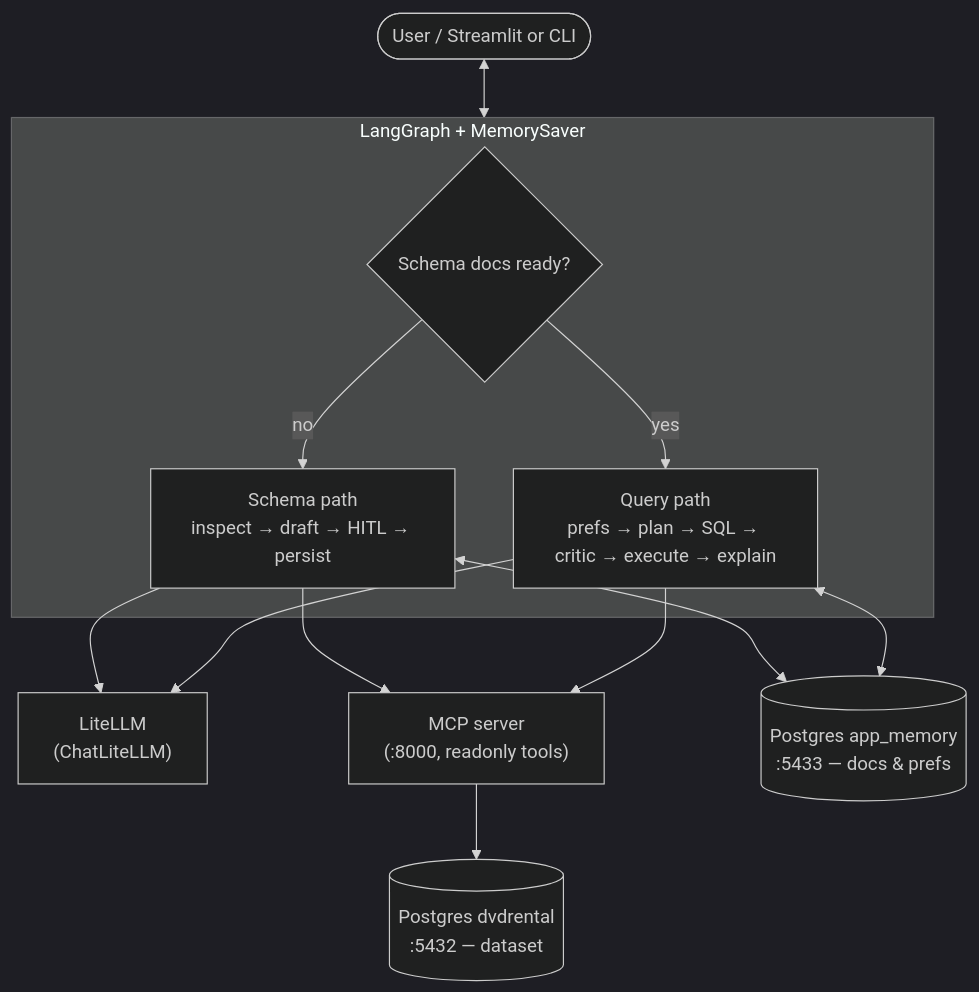
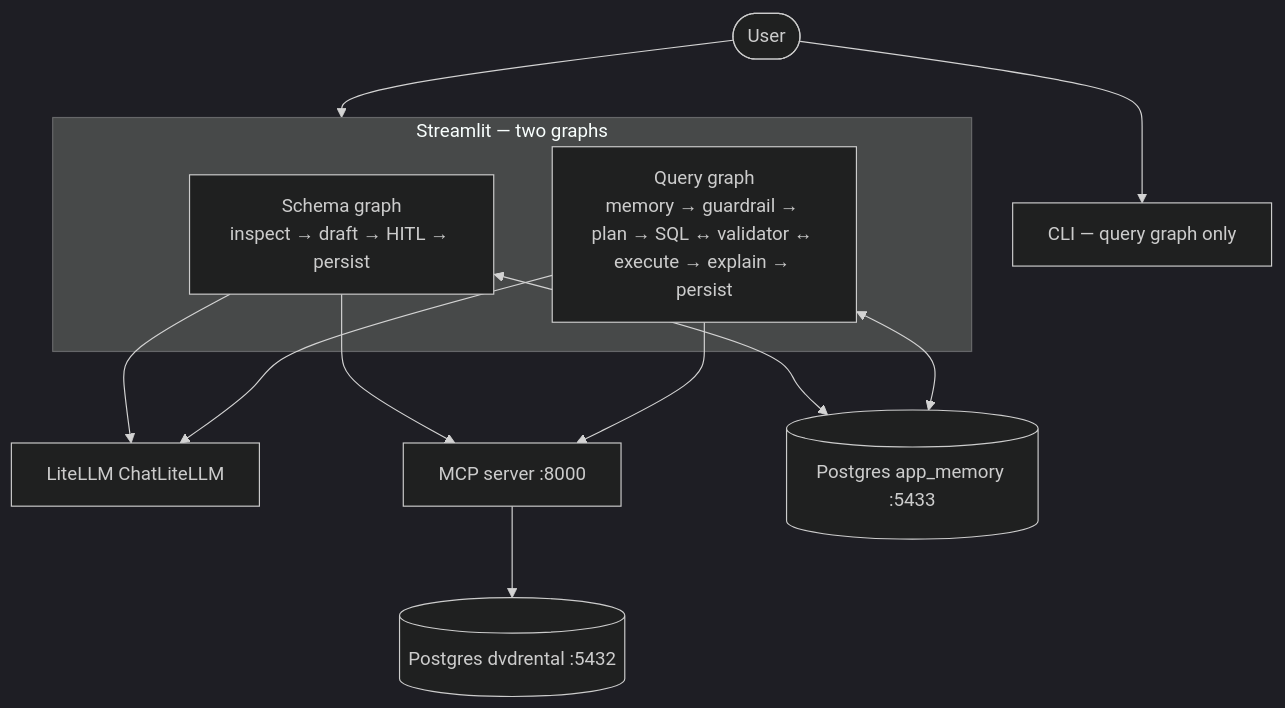
Before and after one commit to lgonzalezrouco/db_multiagent_system: the first of 2 diagrams in README.md, drawn with Mermaid (dark theme). The commit also changed other lines of this file and 43 other files, not shown here.

First line of the commit message:
feat: enhance query handling with guardrail for topic classification (#14)

````diff
--- a/README.md
+++ b/README.md
@@ -16,26 +18,26 @@
 ```mermaid
 flowchart TB
-    U([User / Streamlit or CLI])
+    U([User])
 
-    subgraph LG["LangGraph + MemorySaver"]
-        Gate{Schema docs ready?}
-        Schema["Schema path<br/>inspect → draft → HITL → persist"]
-        Query["Query path<br/>prefs → plan → SQL → critic → execute → explain"]
-        Gate -->|no| Schema
-        Gate -->|yes| Query
+    subgraph ST["Streamlit — two graphs"]
+        SG["Schema graph<br/>inspect → draft → HITL → persist"]
+        QG["Query graph<br/>memory → guardrail → plan → SQL ↔ validator ↔ execute → explain → persist"]
     end
 
-    LLM["LiteLLM<br/>(ChatLiteLLM)"]
-    MCP["MCP server<br/>(:8000, readonly tools)"]
-    AppMem[("Postgres app_memory<br/>:5433 — docs & prefs")]
-    DVD[("Postgres dvdrental<br/>:5432 — dataset")]
+    CLI["CLI — query graph only"]
 
-    U <--> LG
-    Schema --> LLM
-    Query --> LLM
-    Schema --> MCP
-    Query --> MCP
-    Schema <--> AppMem
-    Query <--> AppMem
+    LLM["LiteLLM ChatLiteLLM"]
+    MCP["MCP server :8000"]
+    AppMem[("Postgres app_memory :5433")]
+    DVD[("Postgres dvdrental :5432")]
+
+    U --> ST
+    U --> CLI
+    SG --> LLM
+    QG --> LLM
+    SG --> MCP
+    QG --> MCP
+    SG <--> AppMem
+    QG <--> AppMem
     MCP --> DVD
 ```
````
